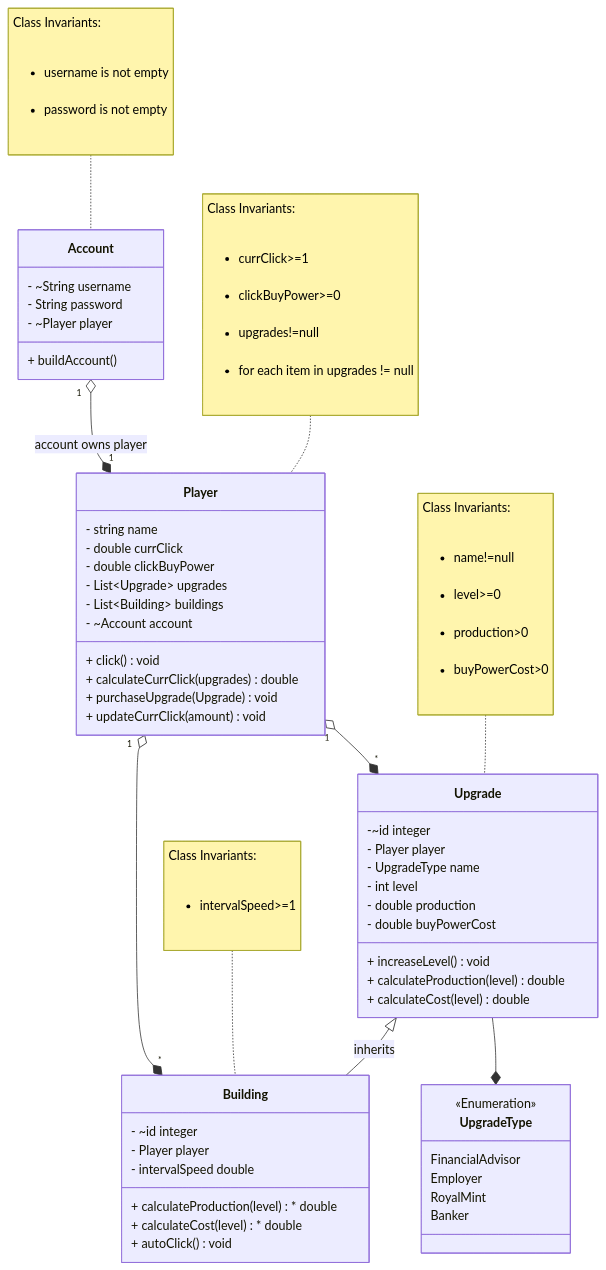
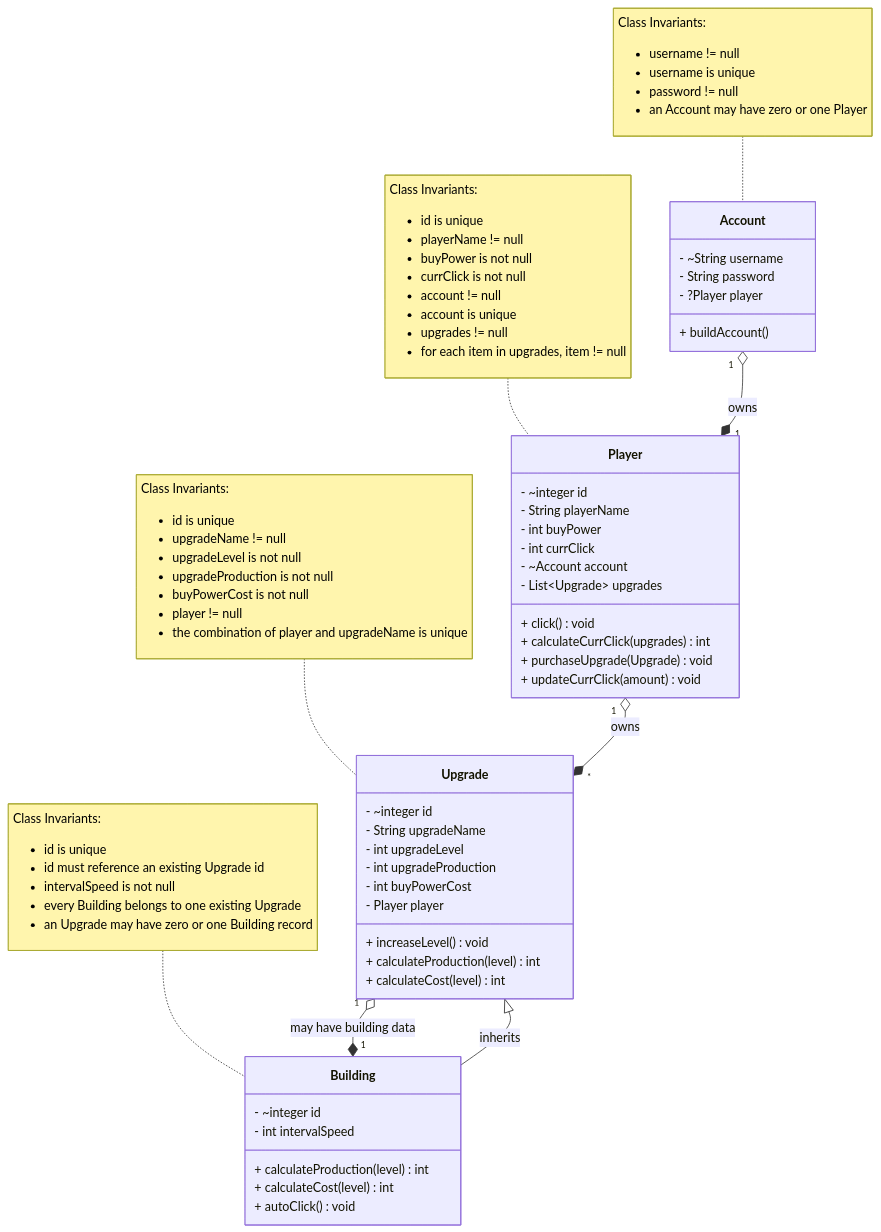
Before and after one commit to kaesotiric/money_clicker_game: the diagram in domain.md, drawn with Mermaid. The commit also changed other lines of this file and 2 other files, not shown here.

`````diff
--- a/domain.md
+++ b/domain.md
@@ -8,89 +222,93 @@
 ```mermaid
-
 classDiagram
 
+class Account {
+    - ~String username
+    - String password
+    - ?Player player
+    + buildAccount()
+}
+
+note for Account "Class Invariants:
+<ul>
+<li>username != null</li>
+<li>username is unique</li>
+<li>password != null</li>
+<li>an Account may have zero or one Player</li>
+</ul>"
+
+
 class Player {
-    - string name
-    - double currClick
-    - double clickBuyPower
+    - ~integer id
+    - String playerName
+    - int buyPower
+    - int currClick
+    - ~Account account
     - List~Upgrade~ upgrades
-    - List~Building~ buildings
-    - ~Account account
     + click() void
-    + calculateCurrClick(upgrades) double
+    + calculateCurrClick(upgrades) int
     + purchaseUpgrade(Upgrade) void
     + updateCurrClick(amount) void
-    }
-    note for Player "Class Invariants:
-    <ul>
-    <li>currClick>=1</li>
-    <li>clickBuyPower>=0</li>
-    <li>upgrades!=null</li>
-    <li>for each item in upgrades != null</li>
-    </ul>"
+}
 
-    class Account{
-        - ~String username
-        - String password
-        - ~Player player
-        + buildAccount()
-        
-    }
-    note for Account "Class Invariants:
-    <ul>
-    <li>username is not empty</li>
-    <li>password is not empty</li>
-    </ul>"
-  
-     class Upgrade {
-         -~id integer
-         - Player player
-         - UpgradeType name
-         - int level
-         - double production
-         - double buyPowerCost
-         + increaseLevel() void
-         + calculateProduction(level) double
-         + calculateCost(level) double
+note for Player "Class Invariants:
+<ul>
+<li>id is unique</li>
+<li>playerName != null</li>
+<li>buyPower is not null</li>
+<li>currClick is not null</li>
+<li>account != null</li>
+<li>account is unique</li>
+<li>upgrades != null</li>
+<li>for each item in upgrades, item != null</li>
+</ul>"
 
-     }
-     class UpgradeType {
-        <<Enumeration>>
-         FinancialAdvisor
-         Employer
-         RoyalMint
-         Banker
- }
-    note for Upgrade "Class Invariants:
-    <ul>
-    <li>name!=null</li>
-    <li>level>=0</li>
-    <li>production>0</li>
-    <li>buyPowerCost>0</li>
-    </ul>"
-    
-    
-    Player "1" o--* "*" Upgrade
-    Account "1" o--* "1" Player : account owns player
-%%    Player --> UpgradeType
-    Upgrade --* UpgradeType
-    Player "1" o--* "*" Building
-    
-%%    Upgrade "1" o--* "1" Building
-    
-    
-    class Building{
-        - ~id integer
-        - Player player
-        - intervalSpeed double
-        + calculateProduction(level) * double 
-        + calculateCost(level) * double
-        + autoClick() void
- }
-    Upgrade<|-- Building : inherits
-%%    Building--|> Upgrade
-    note for Building "Class Invariants:
-    <ul>
-    <li>intervalSpeed>=1</li>
-    </ul>"
-````
+
+class Upgrade {
+    - ~integer id
+    - String upgradeName
+    - int upgradeLevel
+    - int upgradeProduction
+    - int buyPowerCost
+    - Player player
+    + increaseLevel() void
+    + calculateProduction(level) int
+    + calculateCost(level) int
+}
+
+note for Upgrade "Class Invariants:
+<ul>
+<li>id is unique</li>
+<li>upgradeName != null</li>
+<li>upgradeLevel is not null</li>
+<li>upgradeProduction is not null</li>
+<li>buyPowerCost is not null</li>
+<li>player != null</li>
+<li>the combination of player and upgradeName is unique</li>
+</ul>"
+
+
+class Building {
+    - ~integer id
+    - int intervalSpeed
+    + calculateProduction(level) int
+    + calculateCost(level) int
+    + autoClick() void
+}
+
+note for Building "Class Invariants:
+<ul>
+<li>id is unique</li>
+<li>id must reference an existing Upgrade id</li>
+<li>intervalSpeed is not null</li>
+<li>every Building belongs to one existing Upgrade</li>
+<li>an Upgrade may have zero or one Building record</li>
+</ul>"
+
+
+Account "1" o--* "1" Player : owns
+Player "1" o--* "*" Upgrade : owns
+Upgrade "1" o--* "1" Building : may have building data
+
+Upgrade <|-- Building : inherits
+```
`````
